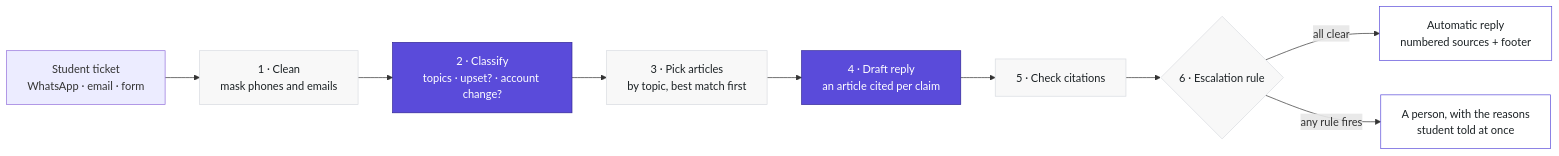
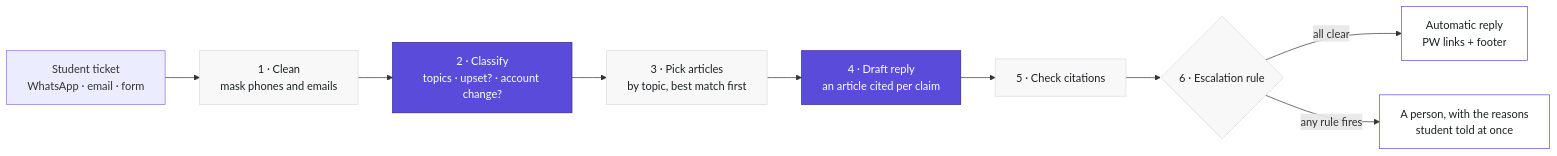
One commit to arnavv-agarwal/nirnay changed the diagram in README.md. Above: the diagram before and after it, drawn with Mermaid. The commit also changed other lines of this file and 2 other files, not shown here.

````diff
--- a/README.md
+++ b/README.md
@@ -24,14 +24,14 @@
 ```mermaid
 flowchart LR
     T["Student ticket<br/>WhatsApp · email · form"] --> A["1 · Clean<br/>mask phones and emails"]:::code
     A --> B["2 · Classify<br/>topics · upset? · account change?"]:::ai
     B --> C["3 · Pick articles<br/>by topic, best match first"]:::code
     C --> D["4 · Draft reply<br/>an article cited per claim"]:::ai
     D --> E["5 · Check citations"]:::code
     E --> F{"6 · Escalation rule"}:::code
-    F -- "all clear" --> G["Automatic reply<br/>numbered sources + footer"]:::out
+    F -- "all clear" --> G["Automatic reply<br/>PW links + footer"]:::out
     F -- "any rule fires" --> H["A person, with the reasons<br/>student told at once"]:::out
     classDef ai fill:#5A4BDA,color:#ffffff,stroke:#312596
     classDef code fill:#F8F8F8,color:#1B2124,stroke:#D9DCE1
     classDef out fill:#ffffff,color:#1B2124,stroke:#5A4BDA
 ```
````
